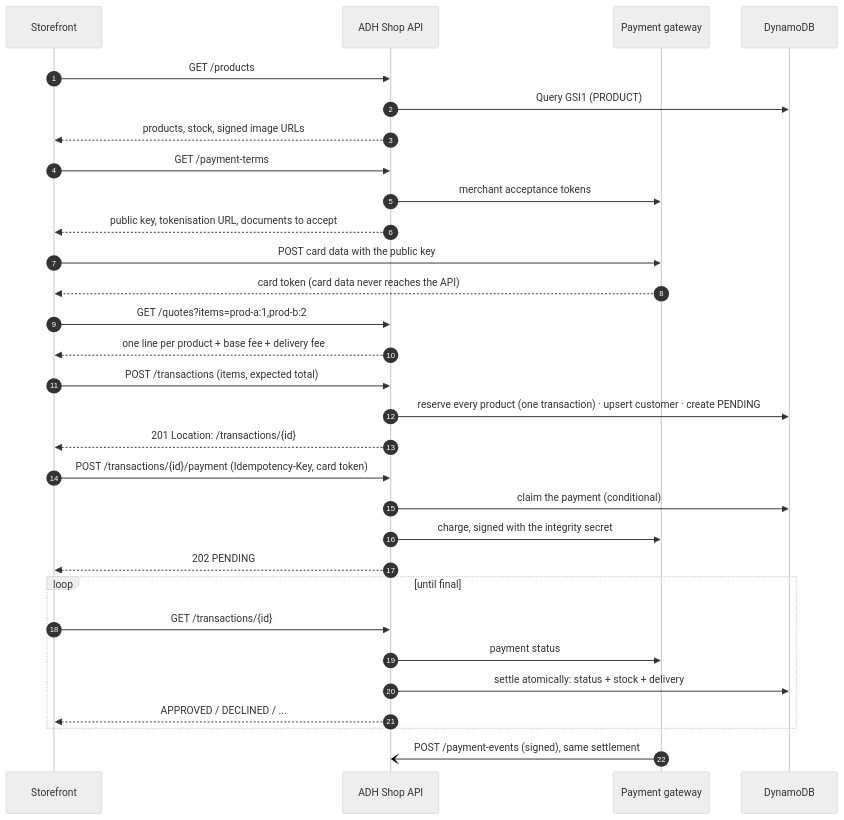
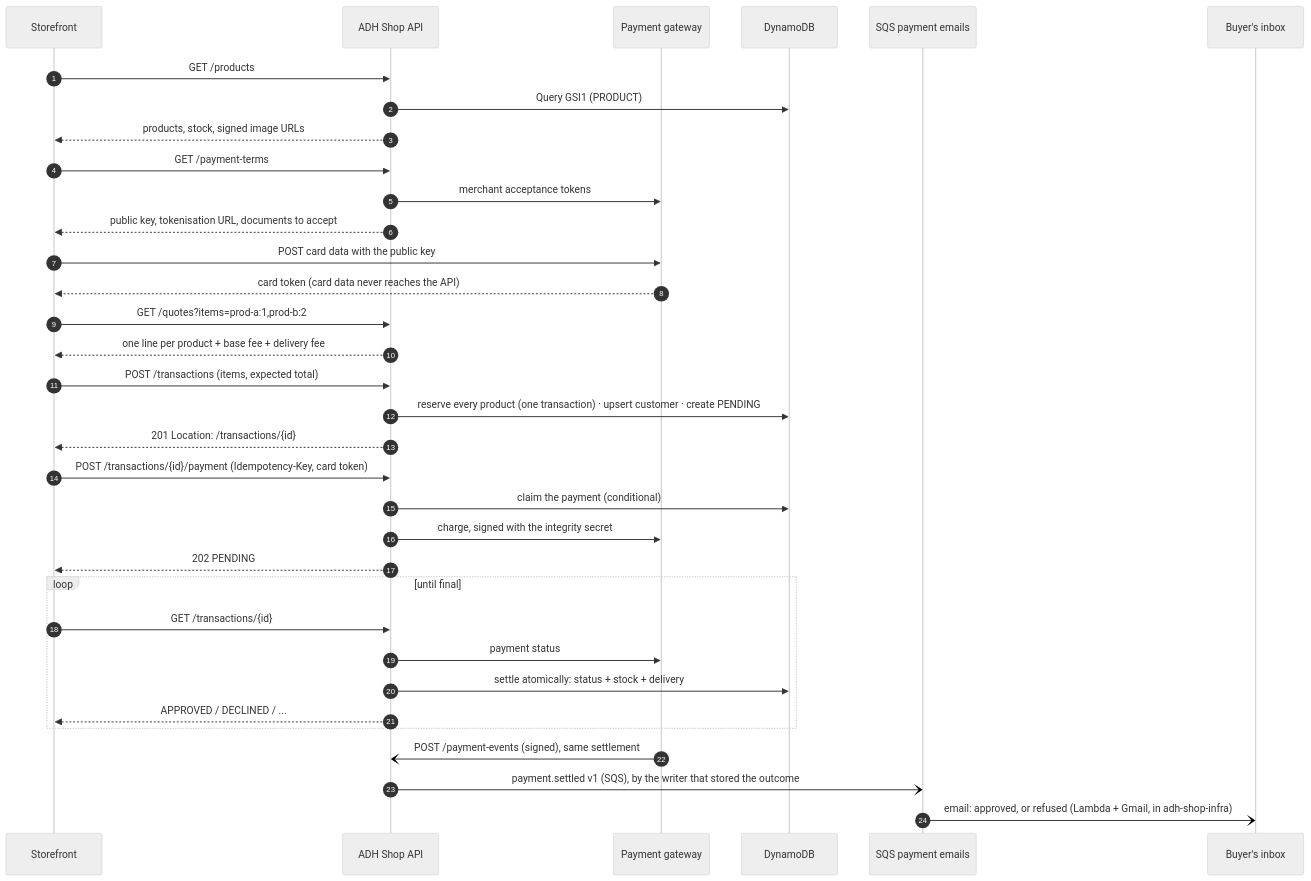
The diagram in README.md (alfredo0607/adh-shop-api), drawn with Mermaid (neutral theme) before and after one commit. The commit also changed other lines of this file and 11 other files, not shown here.

First line of the commit message:
feat: announce settled payments on SQS, so the buyer is emailed (#31)

````diff
--- a/README.md
+++ b/README.md
@@ -121,38 +121,42 @@
 ```mermaid
 sequenceDiagram
     autonumber
     participant S as Storefront
     participant A as ADH Shop API
     participant G as Payment gateway
     participant D as DynamoDB
+    participant Q as SQS payment emails
+    participant B as Buyer's inbox
 
     S->>A: GET /products
     A->>D: Query GSI1 (PRODUCT)
     A-->>S: products, stock, signed image URLs
 
     S->>A: GET /payment-terms
     A->>G: merchant acceptance tokens
     A-->>S: public key, tokenisation URL, documents to accept
     S->>G: POST card data with the public key
     G-->>S: card token (card data never reaches the API)
 
     S->>A: GET /quotes?items=prod-a:1,prod-b:2
     A-->>S: one line per product + base fee + delivery fee
 
     S->>A: POST /transactions (items, expected total)
     A->>D: reserve every product (one transaction) · upsert customer · create PENDING
     A-->>S: 201 Location: /transactions/{id}
 
     S->>A: POST /transactions/{id}/payment (Idempotency-Key, card token)
     A->>D: claim the payment (conditional)
     A->>G: charge, signed with the integrity secret
     A-->>S: 202 PENDING
 
     loop until final
         S->>A: GET /transactions/{id}
         A->>G: payment status
         A->>D: settle atomically: status + stock + delivery
         A-->>S: APPROVED / DECLINED / ...
     end
     G-)A: POST /payment-events (signed), same settlement
+    A-)Q: payment.settled v1 (SQS), by the writer that stored the outcome
+    Q-)B: email: approved, or refused (Lambda + Gmail, in adh-shop-infra)
 ```
````
